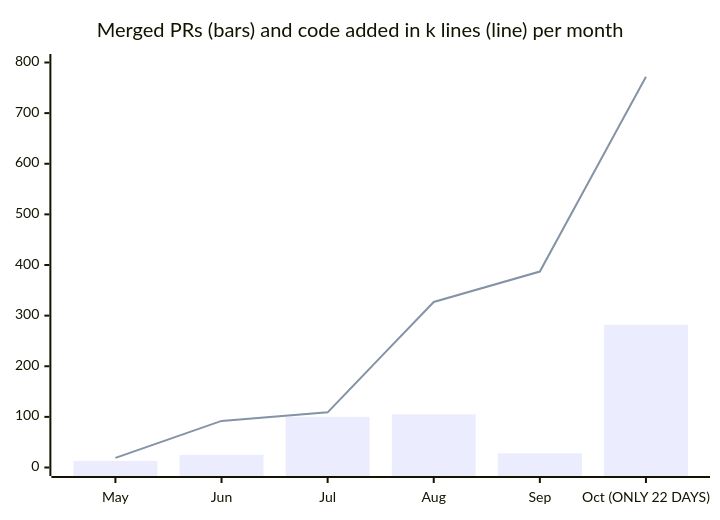
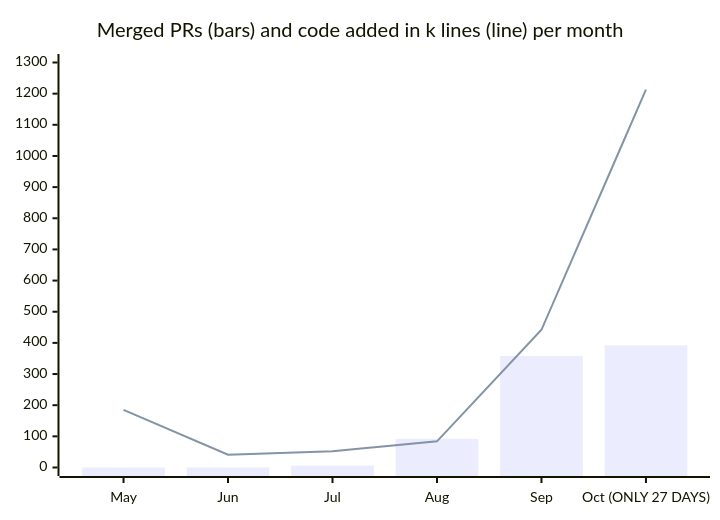
One commit to jayjayholic/jstack changed the diagram in README.md. Above: the diagram before and after it, drawn with Mermaid. The commit also changed other lines of this file, not shown here.

````diff
--- a/README.md
+++ b/README.md
@@ -90,8 +90,8 @@
 ```mermaid
 xychart-beta
     title "Merged PRs (bars) and code added in k lines (line) per month"
-    x-axis ["May", "Jun", "Jul", "Aug", "Sep", "Oct (ONLY 22 DAYS)"]
-    y-axis 0 --> 800
-    bar [13, 25, 100, 105, 28, 282]
-    line [19, 92, 109, 327, 387, 772]
+    x-axis ["May", "Jun", "Jul", "Aug", "Sep", "Oct (ONLY 27 DAYS)"]
+    y-axis 0 --> 1300
+    bar [0, 0, 6, 92, 358, 392]
+    line [185, 41, 52, 84, 442, 1213]
 ```
````
